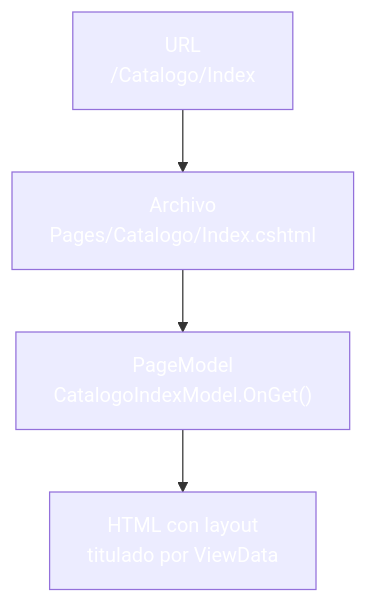
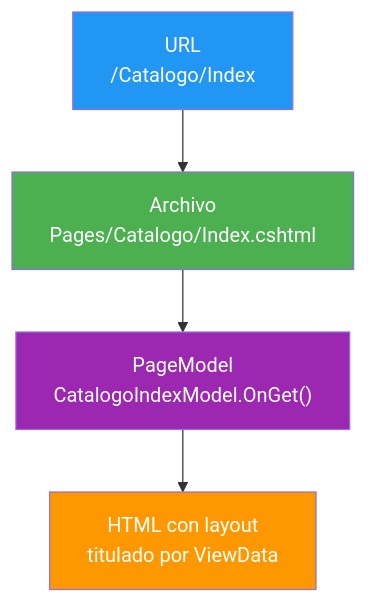
The second of 4 diagrams in 10-razorpages-fundamentos.md (joseluisgs/DesarrolloWebEntornosServidor-03-2026-2027), drawn with Mermaid before and after one commit. The commit also changed other lines of this file and 25 other files, not shown here.

Commit message:
docs: corregir los estilos Mermaid de los temas y alinear el dominio del tema 25 con ProductosApp

````diff
--- a/10-razorpages-fundamentos.md
+++ b/10-razorpages-fundamentos.md
@@ -125,10 +125,10 @@
 ```mermaid
 graph TD
     A["URL<br/>/Catalogo/Index"] --> B["Archivo<br/>Pages/Catalogo/Index.cshtml"]
     B --> C["PageModel<br/>CatalogoIndexModel.OnGet()"]
     C --> D["HTML con layout<br/>titulado por ViewData"]
-    style A fill:#2196F,color:#fff3,color:#fff
-    style B fill:#4CAF5,color:#fff0,color:#fff
-    style C fill:#9C27B,color:#fff0,color:#fff
-    style D fill:#FF980,color:#fff0,color:#fff
+    style A fill:#2196F3,color:#fff
+    style B fill:#4CAF50,color:#fff
+    style C fill:#9C27B0,color:#fff
+    style D fill:#FF9800,color:#fff
 ```
````
